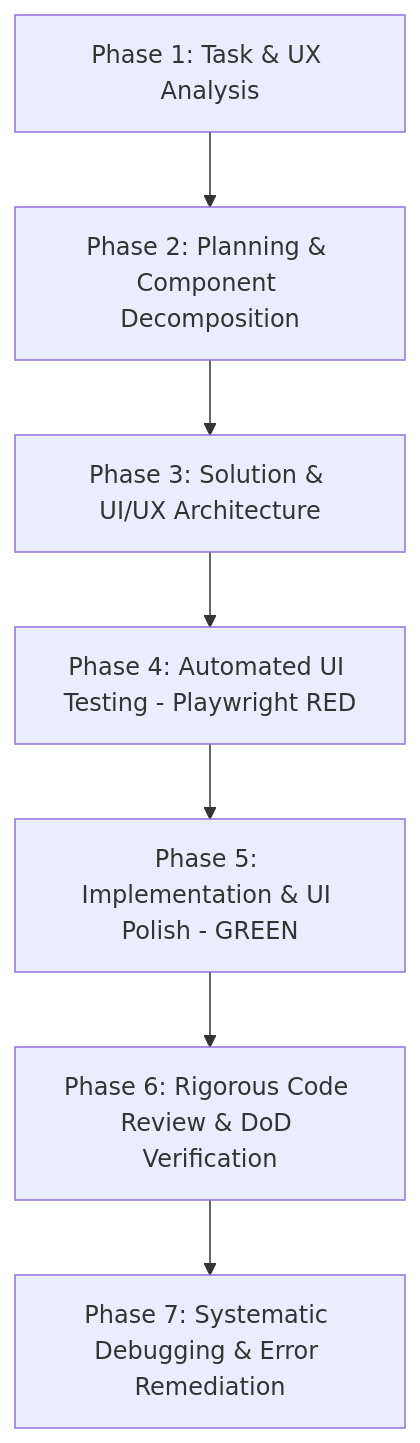
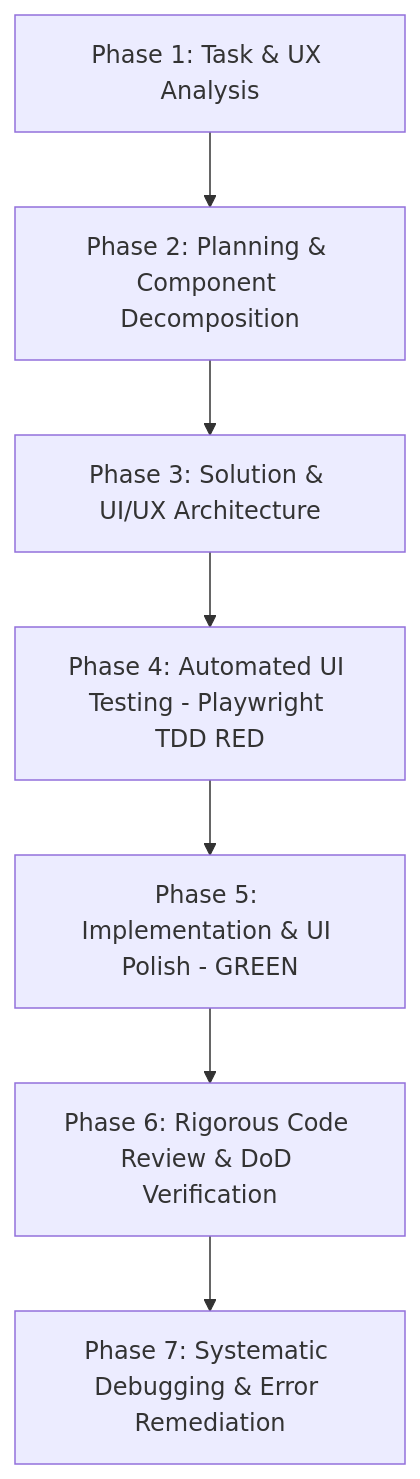
Before and after one commit to OlegFutornoi/SmartFeedStudio: the diagram in .agents/skills/frontend/SKILL.md, drawn with Mermaid. The commit also changed other lines of this file and 160 other files, not shown here.

````diff
--- a/.agents/skills/frontend/SKILL.md
+++ b/.agents/skills/frontend/SKILL.md
@@ -47,9 +190,9 @@
 ```mermaid
 flowchart TD
     S1[Phase 1: Task & UX Analysis] --> S2[Phase 2: Planning & Component Decomposition]
     S2 --> S3[Phase 3: Solution & UI/UX Architecture]
-    S3 --> S4[Phase 4: Automated UI Testing - Playwright RED]
+    S3 --> S4[Phase 4: Automated UI Testing - Playwright TDD RED]
     S4 --> S5[Phase 5: Implementation & UI Polish - GREEN]
     S5 --> S6[Phase 6: Rigorous Code Review & DoD Verification]
     S6 --> S7[Phase 7: Systematic Debugging & Error Remediation]
 ```
````
